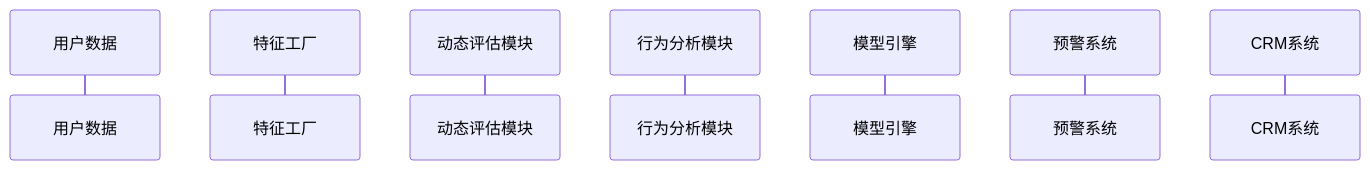
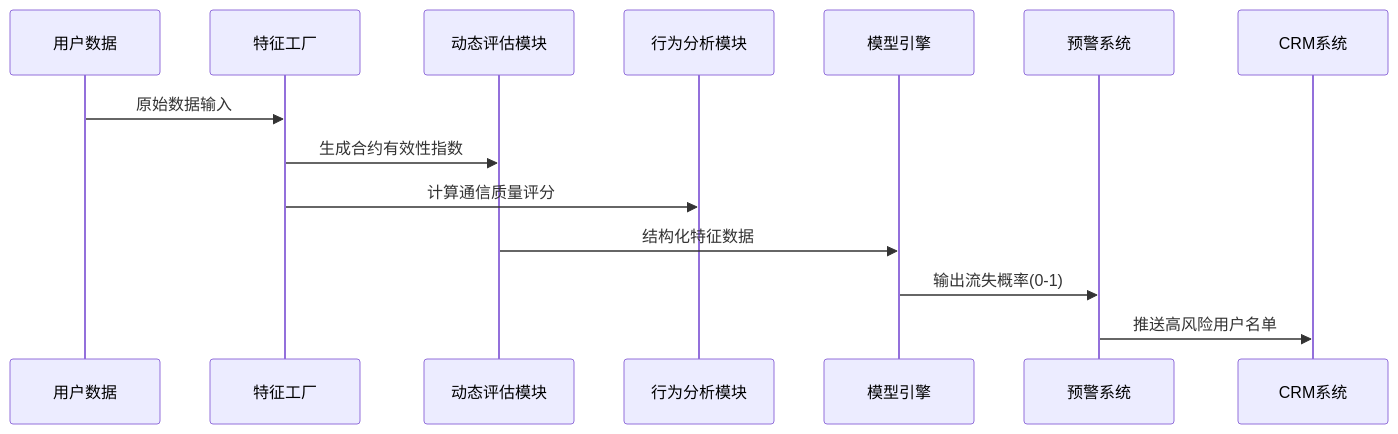
Before and after one commit to 1123368827/-: the second of 2 diagrams in README.md, drawn with Mermaid.

````diff
--- a/README.md
+++ b/README.md
@@ -27,10 +27,17 @@
 ```mermaid
 sequenceDiagram
     participant 用户数据
     participant 特征工厂
     participant 动态评估模块
     participant 行为分析模块
     participant 模型引擎
     participant 预警系统
     participant CRM系统
+
+    用户数据->>特征工厂: 原始数据输入
+    特征工厂->>动态评估模块: 生成合约有效性指数
+    特征工厂->>行为分析模块: 计算通信质量评分
+    动态评估模块->>模型引擎: 结构化特征数据
+    模型引擎->>预警系统: 输出流失概率(0-1)
+    预警系统->>CRM系统: 推送高风险用户名单
 ```
````
